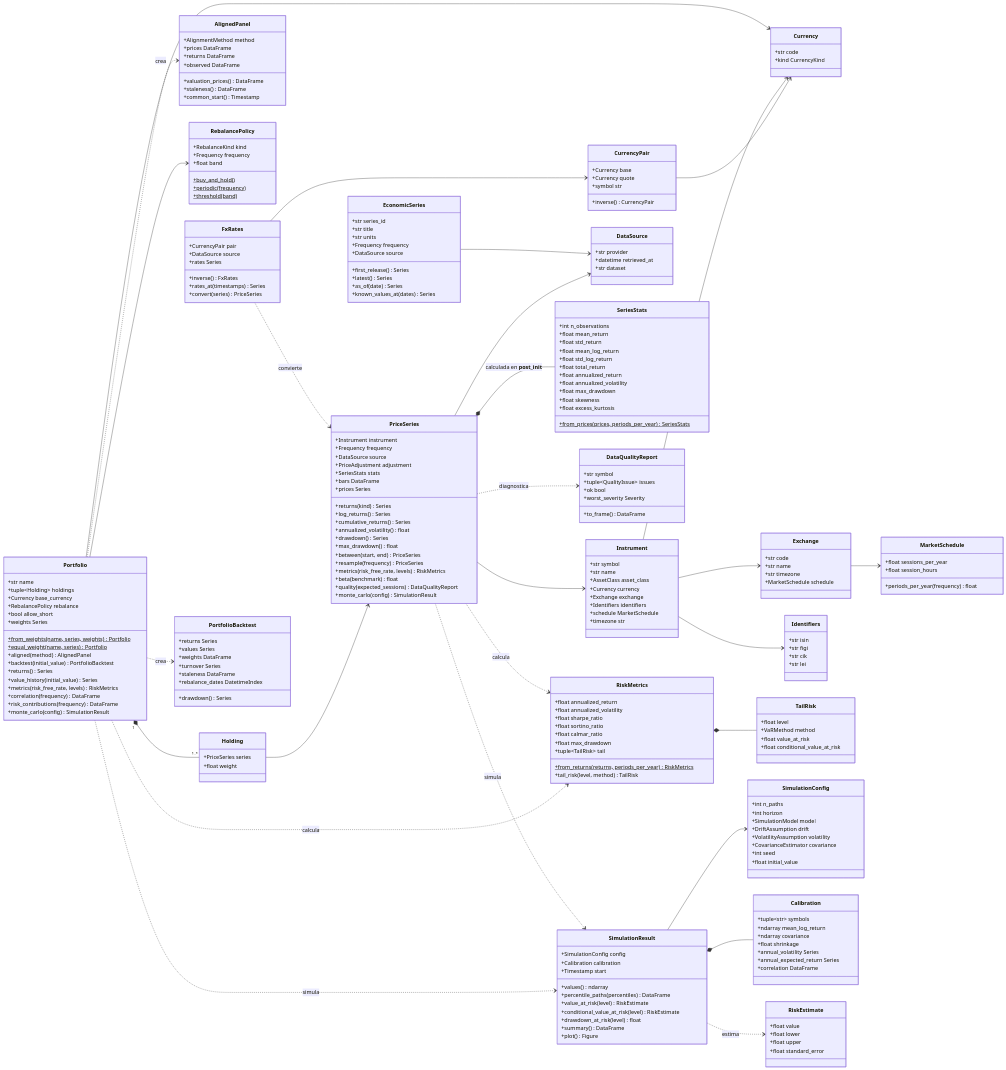
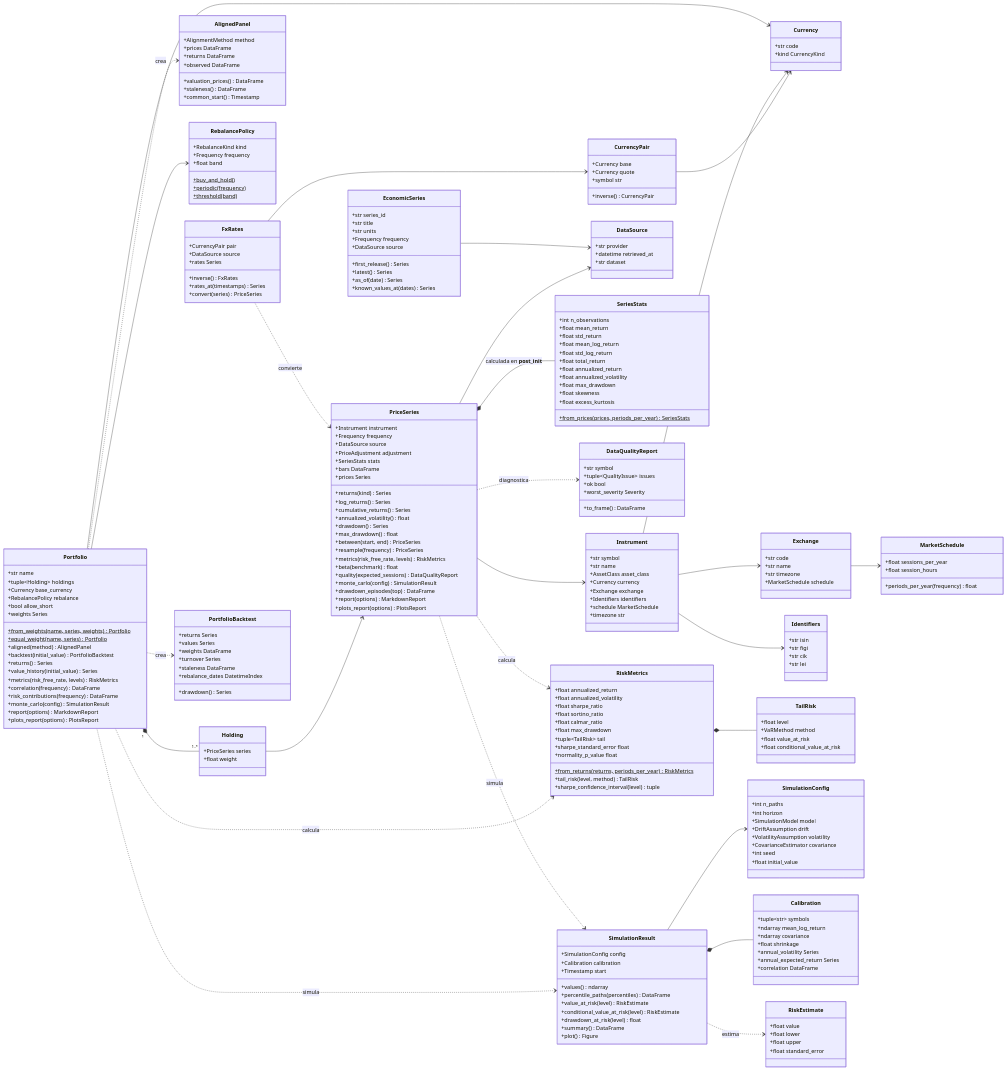
The diagram in docs/architecture/domain.md (JAVIIFDEEZ/Finances), drawn with Mermaid before and after one commit. The commit also changed 10 other files, not shown here.

First line of the commit message:
docs: add ADR-0017 and document reports and charts

```diff
--- a/docs/architecture/domain.md
+++ b/docs/architecture/domain.md
@@ -87,6 +87,9 @@
         +beta(benchmark) float
         +quality(expected_sessions) DataQualityReport
         +monte_carlo(config) SimulationResult
+        +drawdown_episodes(top) DataFrame
+        +report(options) MarkdownReport
+        +plots_report(options) PlotsReport
     }
     class FxRates {
         +CurrencyPair pair
@@ -152,6 +155,8 @@
         +correlation(frequency) DataFrame
         +risk_contributions(frequency) DataFrame
         +monte_carlo(config) SimulationResult
+        +report(options) MarkdownReport
+        +plots_report(options) PlotsReport
     }
     class PortfolioBacktest {
         +returns Series
@@ -170,8 +175,11 @@
         +float calmar_ratio
         +float max_drawdown
         +tuple~TailRisk~ tail
+        +sharpe_standard_error float
+        +normality_p_value float
         +from_returns(returns, periods_per_year)$ RiskMetrics
         +tail_risk(level, method) TailRisk
+        +sharpe_confidence_interval(level) tuple
     }
     class TailRisk {
         +float level
```
